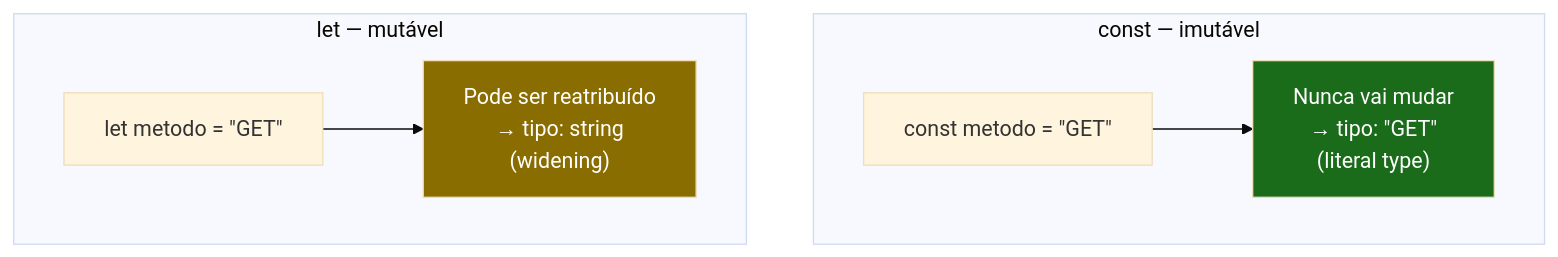
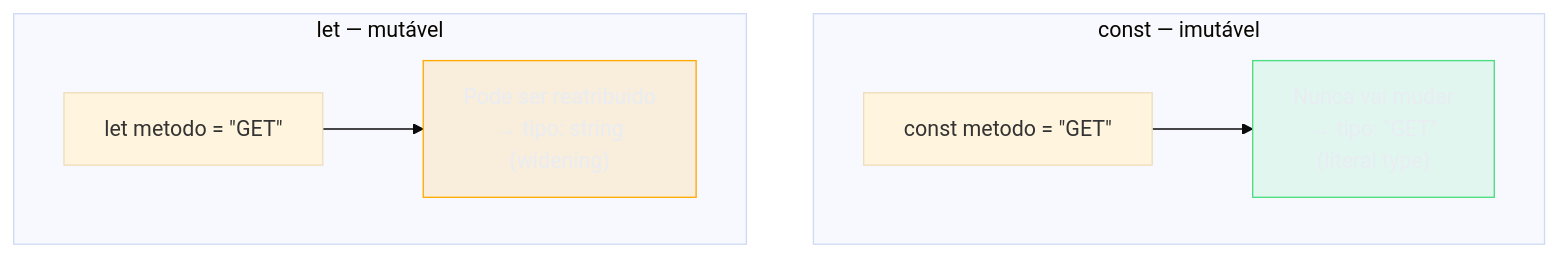
One commit to josenaldo/codex-technomanticus changed the second of 4 diagrams in 03-Dominios/Tecnologia/TypeScript/02 - Tipos primitivos, literais e inferência.md. Above: the diagram before and after it, drawn with Mermaid (base theme). The commit also changed other lines of this file and 1181 other files, not shown here.

First line of the commit message:
fix(diagramas): paleta do sistema no lugar de cor cravada no markdown

````diff
--- a/03-Dominios/Tecnologia/TypeScript/02 - Tipos primitivos, literais e inferência.md
+++ b/03-Dominios/Tecnologia/TypeScript/02 - Tipos primitivos, literais e inferência.md
@@ -178,11 +180,13 @@
 ```mermaid
 flowchart TB
+    classDef ok fill:#4ADE8021,stroke:#4ADE80,color:#E9ECF2
+    classDef destaque fill:#FFAA0024,stroke:#FFAA00,color:#E9ECF2
     subgraph CONST["const — imutável"]
         C1["const metodo = &quot;GET&quot;"] --> C2["Nunca vai mudar\n→ tipo: &quot;GET&quot;\n(literal type)"]
     end
     subgraph LET["let — mutável"]
         L1["let metodo = &quot;GET&quot;"] --> L2["Pode ser reatribuído\n→ tipo: string\n(widening)"]
     end
-    style C2 fill:#1a6b1a,color:#fff
-    style L2 fill:#8a6d00,color:#fff
+    class C2 ok
+    class L2 destaque
 ```
````
